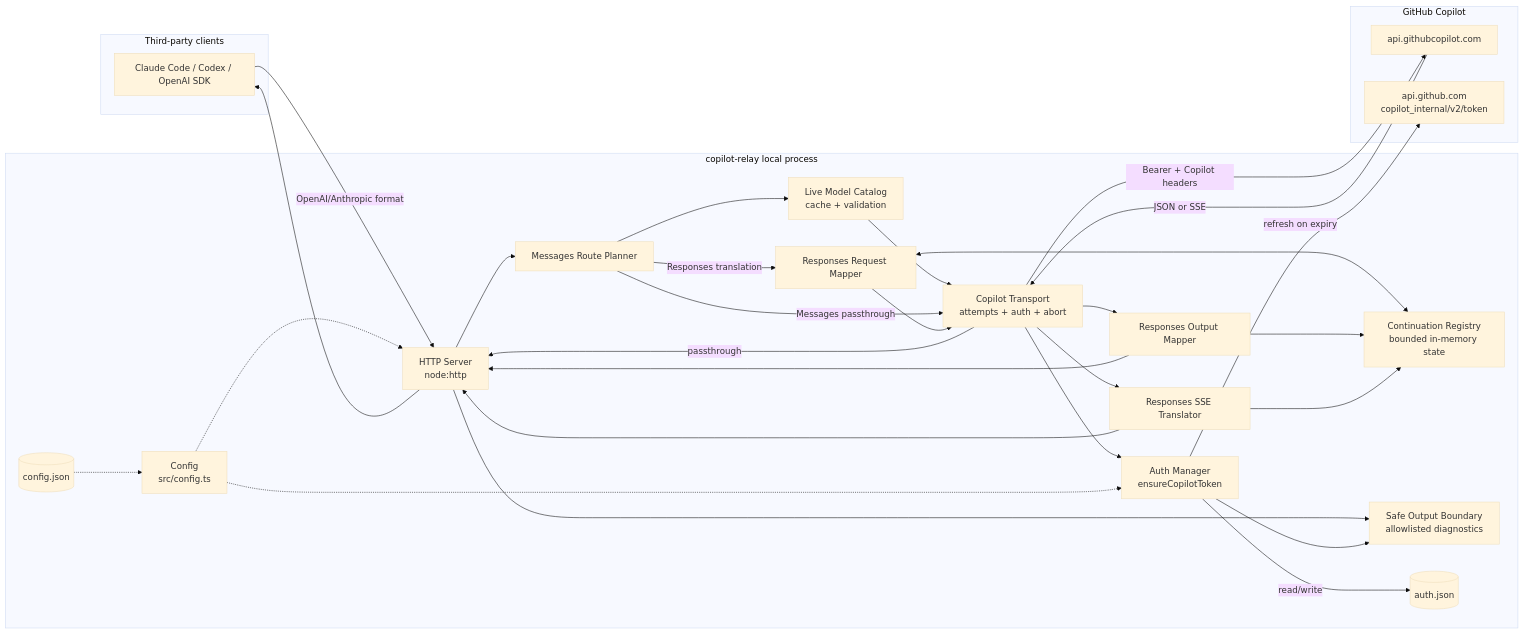
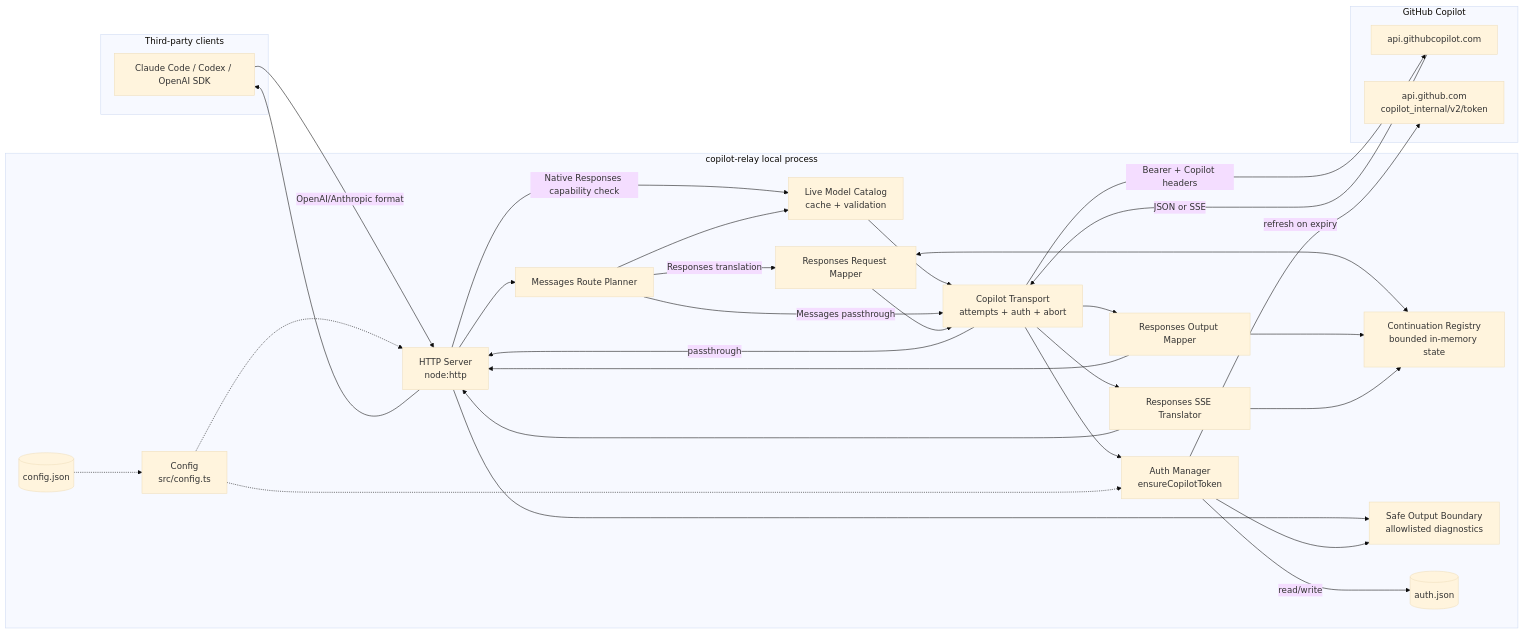
Before and after one commit to luciferwww/copilot-relay: the first of 5 diagrams in docs/design.md, drawn with Mermaid (base theme). The commit also changed other lines of this file and 3 other files, not shown here.

Commit message:
docs: specify native Responses endpoint

````diff
--- a/docs/design.md
+++ b/docs/design.md
@@ -10,54 +12,55 @@
 ```mermaid
 flowchart LR
     subgraph Client[Third-party clients]
         A[Claude Code / Codex / OpenAI SDK]
     end
 
     subgraph Proxy[copilot-relay local process]
         B[HTTP Server<br/>node:http]
         C[Auth Manager<br/>ensureCopilotToken]
         D[Copilot Transport<br/>attempts + auth + abort]
         I[Live Model Catalog<br/>cache + validation]
         J[Messages Route Planner]
         L[Responses Request Mapper]
         M[Responses Output Mapper]
         N[Responses SSE Translator]
         O[Continuation Registry<br/>bounded in-memory state]
         P[Safe Output Boundary<br/>allowlisted diagnostics]
         K[Config<br/>src/config.ts]
         E[(auth.json)]
         F[(config.json)]
     end
 
     subgraph GitHub[GitHub Copilot]
         G[api.githubcopilot.com]
         H[api.github.com<br/>copilot_internal/v2/token]
     end
 
     A -->|OpenAI/Anthropic format| B
     B --> J
+    B -->|Native Responses capability check| I
     J --> I
     I --> D
     J -->|Messages passthrough| D
     J -->|Responses translation| L
     L <--> O
     L --> D
     D --> C
     C -- read/write --> E
     C -- refresh on expiry --> H
     D -->|Bearer + Copilot headers| G
     G -->|JSON or SSE| D
     D -->|passthrough| B
     D --> M
     D --> N
     M --> O
     N --> O
     M --> B
     N --> B
     B --> P
     C --> P
     B --> A
     F -.-> K
     K -.-> B
     K -.-> C
 ```
````
